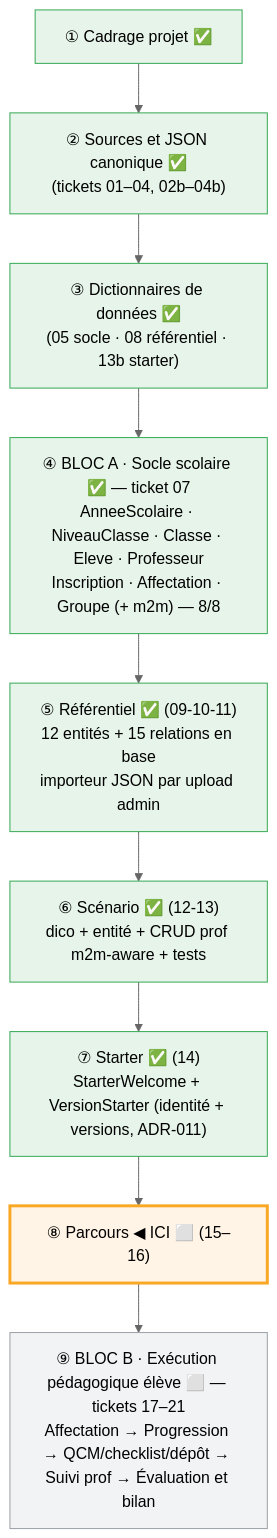
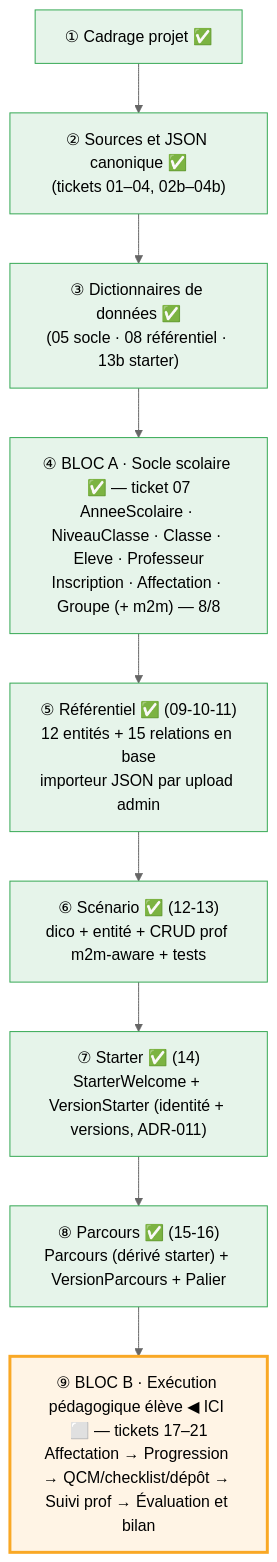
The diagram in docs/journal-de-progression.md (caucrogeGit/ReferenCiel-Manager), drawn with Mermaid (neutral theme) before and after one commit. The commit also changed other lines of this file, not shown here.

First line of the commit message:
docs(journal): phase ⑧ Parcours terminée (Parcours/VersionParcours/Palier)

````diff
--- a/docs/journal-de-progression.md
+++ b/docs/journal-de-progression.md
@@ -754,19 +785,18 @@
 ```mermaid
 flowchart TD
     A["① Cadrage projet ✅"]
     B["② Sources et JSON canonique ✅<br/>(tickets 01–04, 02b–04b)"]
     C["③ Dictionnaires de données ✅<br/>(05 socle · 08 référentiel · 13b starter)"]
     D["④ BLOC A · Socle scolaire ✅ — ticket 07<br/>AnneeScolaire · NiveauClasse · Classe · Eleve · Professeur<br/>Inscription · Affectation · Groupe (+ m2m) — 8/8"]
     E["⑤ Référentiel ✅ (09-10-11)<br/>12 entités + 15 relations en base<br/>importeur JSON par upload admin"]
     F["⑥ Scénario ✅ (12-13)<br/>dico + entité + CRUD prof m2m-aware + tests"]
     G["⑦ Starter ✅ (14)<br/>StarterWelcome + VersionStarter (identité + versions, ADR-011)"]
-    H["⑧ Parcours ◀ ICI ⬜ (15–16)"]
-    I["⑨ BLOC B · Exécution pédagogique élève ⬜ — tickets 17–21<br/>Affectation → Progression → QCM/checklist/dépôt → Suivi prof → Évaluation et bilan"]
+    H["⑧ Parcours ✅ (15-16)<br/>Parcours (dérivé starter) + VersionParcours + Palier"]
+    I["⑨ BLOC B · Exécution pédagogique élève ◀ ICI ⬜ — tickets 17–21<br/>Affectation → Progression → QCM/checklist/dépôt → Suivi prof → Évaluation et bilan"]
     A --> B --> C --> D --> E --> F --> G --> H --> I
     classDef done fill:#e6f4ea,stroke:#34a853;
     classDef current fill:#fff4e5,stroke:#f9a825,stroke-width:3px;
     classDef todo fill:#f1f3f4,stroke:#9aa0a6;
-    class A,B,C,D,E,F,G done
-    class H current
-    class I todo
+    class A,B,C,D,E,F,G,H done
+    class I current
 ```
````
